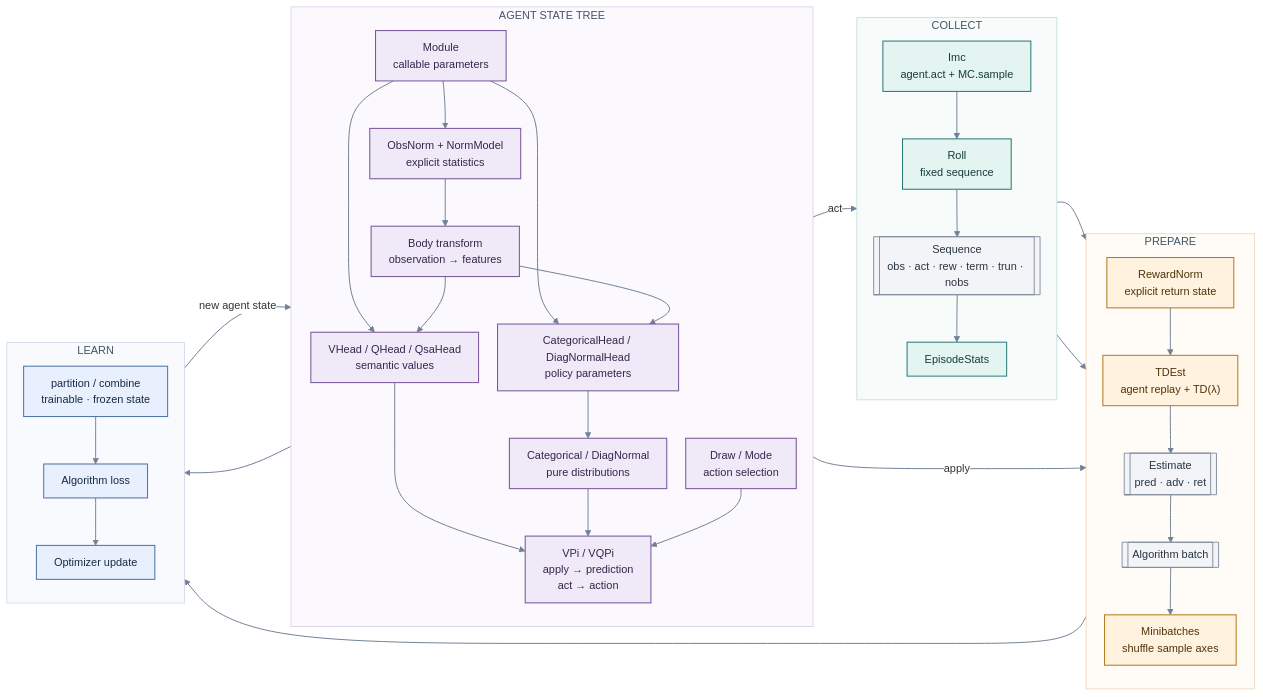
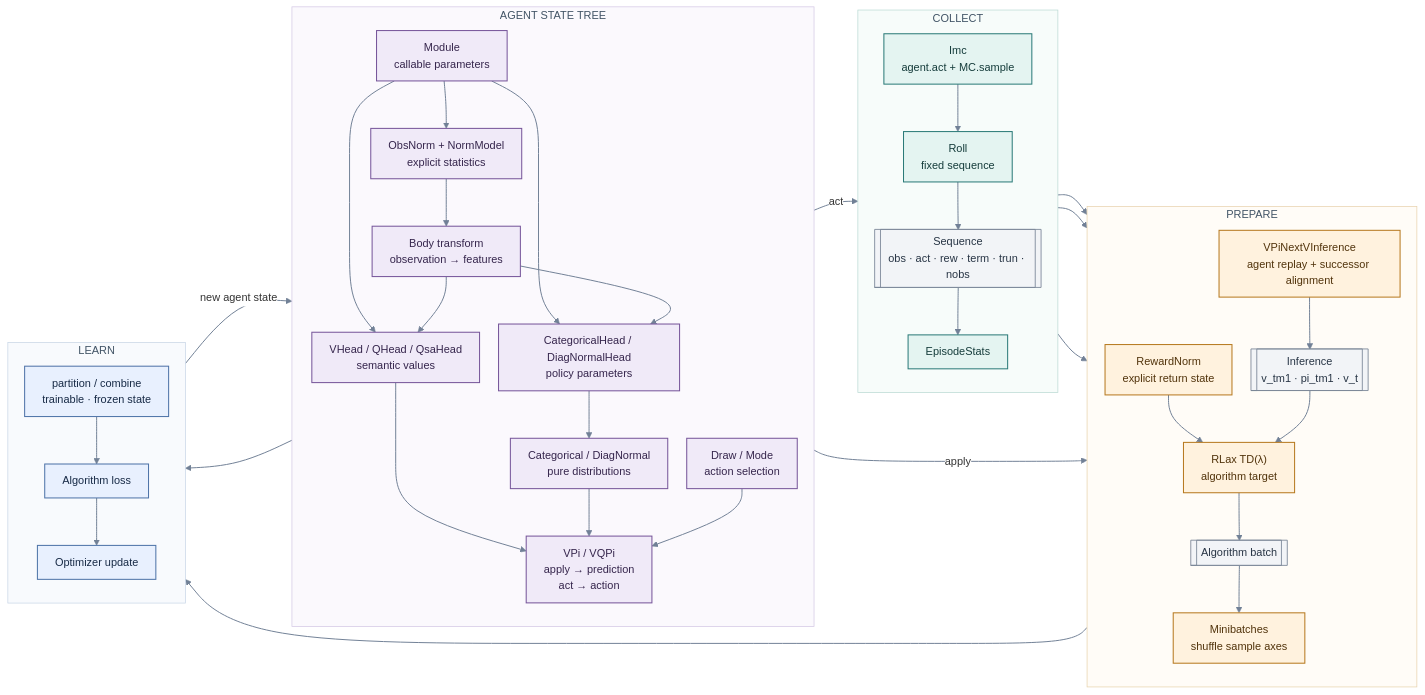
One commit to TolgaOk/jaxtor changed the second of 3 diagrams in doc/components.md. Above: the diagram before and after it, drawn with Mermaid. The commit also changed other lines of this file and 8 other files, not shown here.

````diff
--- a/doc/components.md
+++ b/doc/components.md
@@ -134,78 +134,81 @@
 ```mermaid
 %%{init: {"theme":"base","themeVariables":{"fontFamily":"Inter, ui-sans-serif, system-ui, sans-serif","fontSize":"15px","lineColor":"#718096","edgeLabelBackground":"#ffffff"},"flowchart":{"curve":"basis","nodeSpacing":26,"rankSpacing":40,"padding":12}}}%%
 flowchart LR
     subgraph model_tree["AGENT STATE TREE"]
         direction TB
         module["Module<br/>callable parameters"]
         norm["ObsNorm + NormModel<br/>explicit statistics"]
         body["Body transform<br/>observation → features"]
         vhead["VHead / QHead / QsaHead<br/>semantic values"]
         pihead["CategoricalHead / DiagNormalHead<br/>policy parameters"]
         dist["Categorical / DiagNormal<br/>pure distributions"]
         select["Draw / Mode<br/>action selection"]
         agent["VPi / VQPi<br/>apply → prediction<br/>act → action"]
 
         module --> norm --> body
         module --> vhead
         module --> pihead --> dist
         body --> vhead
         body --> pihead
         vhead --> agent
         dist --> agent
         select --> agent
     end
 
     subgraph collect["COLLECT"]
         direction TB
         imc["Imc<br/>agent.act + MC.sample"]
         roll["Roll<br/>fixed sequence"]
         seq[["Sequence<br/>obs · act · rew · term · trun · nobs"]]
         stats["EpisodeStats"]
         imc --> roll --> seq
         seq --> stats
     end
 
     subgraph prepare["PREPARE"]
         direction TB
         rew["RewardNorm<br/>explicit return state"]
-        td["TDEst<br/>agent replay + TD(λ)"]
-        estimate[["Estimate<br/>pred · adv · ret"]]
+        inference["VPiNextVInference<br/>agent replay + successor alignment"]
+        infer[["Inference<br/>v_tm1 · pi_tm1 · v_t"]]
+        target["RLax TD(λ)<br/>algorithm target"]
         batch[["Algorithm batch"]]
         mini["Minibatches<br/>shuffle sample axes"]
-        rew --> td --> estimate --> batch --> mini
+        rew --> target
+        inference --> infer --> target --> batch --> mini
     end
 
     subgraph learn["LEARN"]
         direction TB
         split["partition / combine<br/>trainable · frozen state"]
         loss["Algorithm loss"]
         update["Optimizer update"]
         split --> loss --> update
     end
 
     agent -->|act| imc
-    agent -->|apply| td
+    agent -->|apply| inference
     seq --> rew
+    seq --> inference
     seq --> batch
     mini --> loss
     agent --> split
     update -->|new agent state| agent
 
     classDef model fill:#F0EAF8,stroke:#76559A,color:#35254C,stroke-width:1.4px;
     classDef sampler fill:#E4F4F1,stroke:#2B7A78,color:#153C3B,stroke-width:1.4px;
     classDef prepareNode fill:#FFF2DE,stroke:#B7791F,color:#51330B,stroke-width:1.4px;
     classDef data fill:#F2F4F7,stroke:#7C8798,color:#273444,stroke-width:1.2px;
     classDef learnNode fill:#E8F0FE,stroke:#4E73A8,color:#172A46,stroke-width:1.4px;
 
     class module,norm,body,vhead,pihead,dist,select,agent model;
     class imc,roll,stats sampler;
-    class rew,td,mini prepareNode;
-    class seq,estimate,batch data;
+    class rew,inference,target,mini prepareNode;
+    class seq,infer,batch data;
     class split,loss,update learnNode;
 
     style model_tree fill:#FBF9FD,stroke:#D4C8E5,stroke-width:1px,color:#425466
     style collect fill:#F7FCFA,stroke:#BBDAD4,stroke-width:1px,color:#425466
     style prepare fill:#FFFCF7,stroke:#E8D3AD,stroke-width:1px,color:#425466
     style learn fill:#F8FAFD,stroke:#C8D5E6,stroke-width:1px,color:#425466
     linkStyle default stroke:#718096,stroke-width:1.35px;
 ```
````
